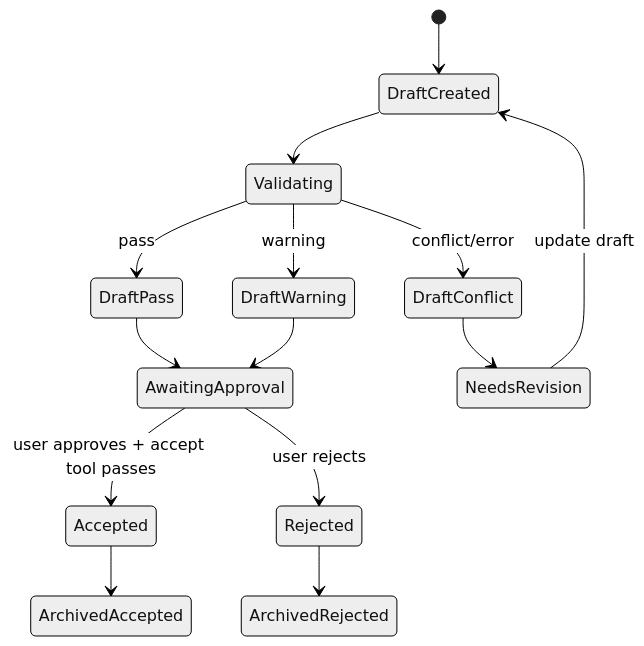
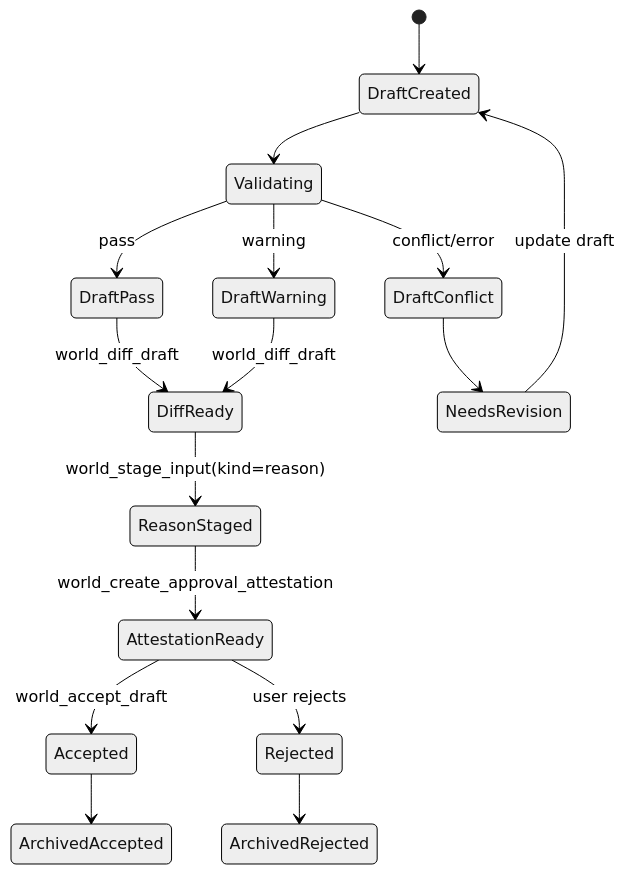
The fifth of 5 diagrams in docs/system-design.md (hoonzinope/world-building-harness), drawn with Mermaid (neutral theme) before and after one commit. The commit also changed 9 other files, not shown here.

````diff
--- a/docs/system-design.md
+++ b/docs/system-design.md
@@ -205,16 +205,18 @@
 ```mermaid
 stateDiagram-v2
     [*] --> DraftCreated
     DraftCreated --> Validating
     Validating --> DraftPass: pass
     Validating --> DraftWarning: warning
     Validating --> DraftConflict: conflict/error
-    DraftPass --> AwaitingApproval
-    DraftWarning --> AwaitingApproval
+    DraftPass --> DiffReady: world_diff_draft
+    DraftWarning --> DiffReady: world_diff_draft
     DraftConflict --> NeedsRevision
     NeedsRevision --> DraftCreated: update draft
-    AwaitingApproval --> Accepted: user approves + accept tool passes
-    AwaitingApproval --> Rejected: user rejects
+    DiffReady --> ReasonStaged: world_stage_input(kind=reason)
+    ReasonStaged --> AttestationReady: world_create_approval_attestation
+    AttestationReady --> Accepted: world_accept_draft
+    AttestationReady --> Rejected: user rejects
     Accepted --> ArchivedAccepted
     Rejected --> ArchivedRejected
 ```
````
